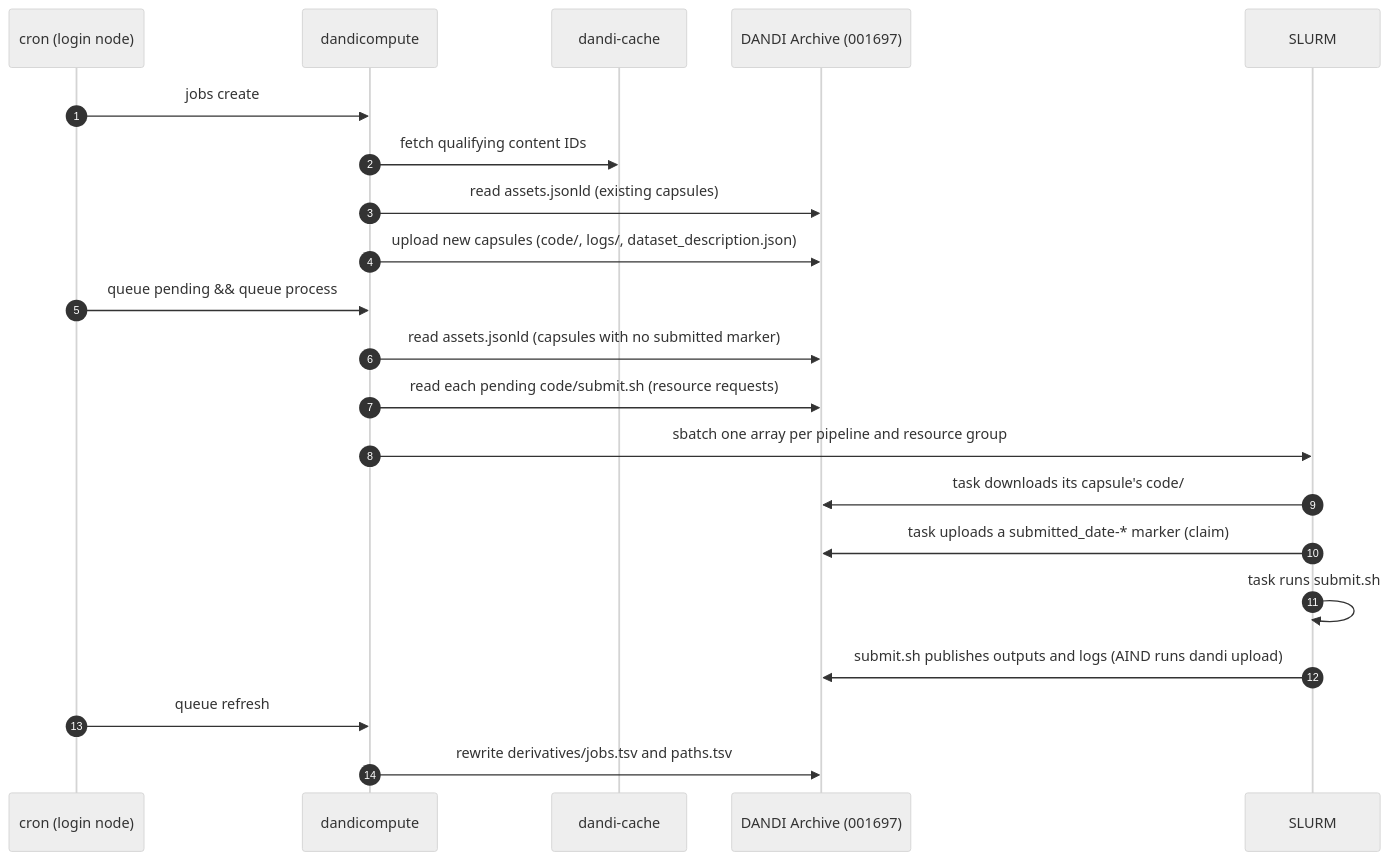
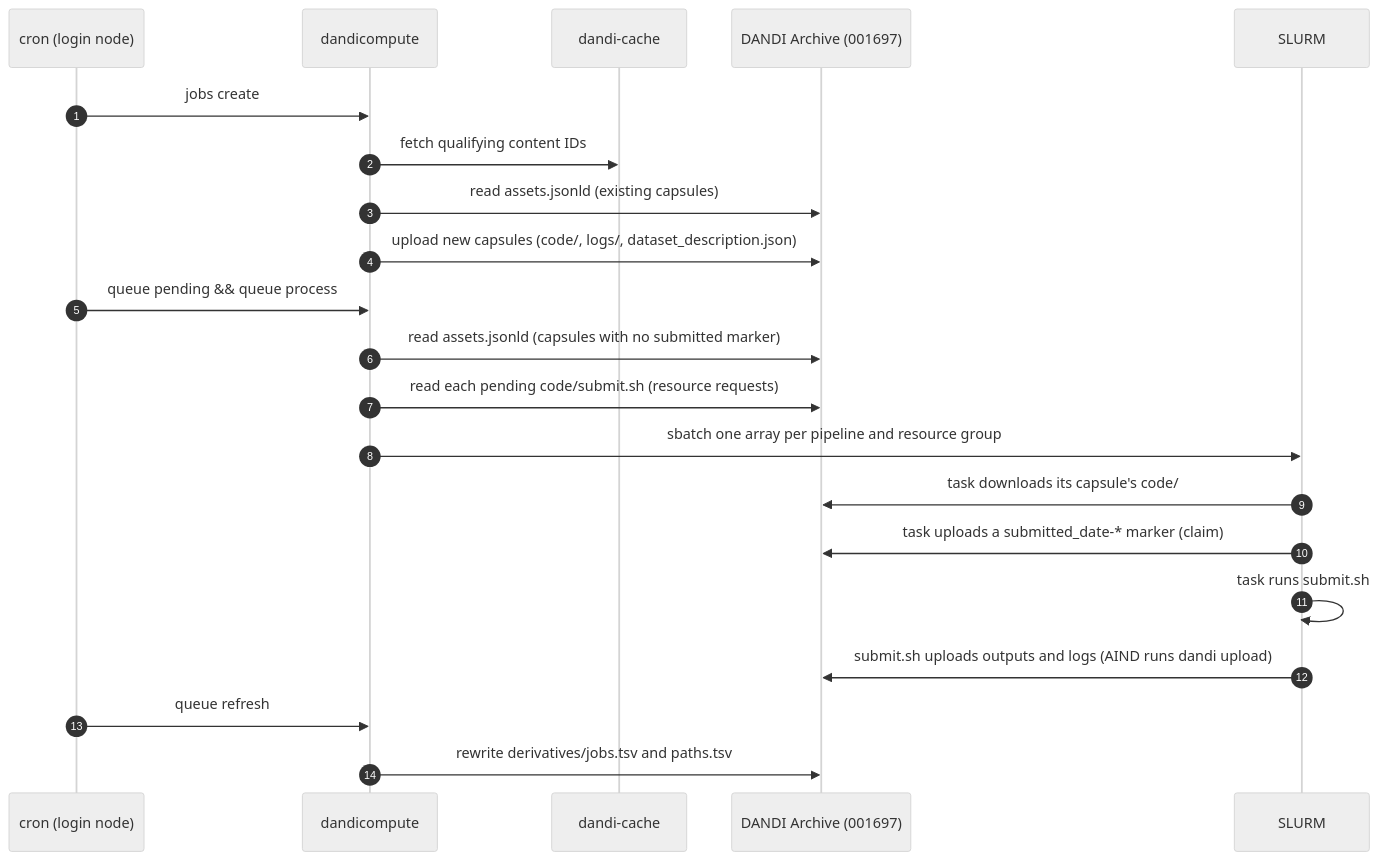
One commit to dandi-compute/dandi-compute-core changed the second of 2 diagrams in docs/overview.md. Above: the diagram before and after it, drawn with Mermaid (neutral theme). The commit also changed other lines of this file and 7 other files, not shown here.

````diff
--- a/docs/overview.md
+++ b/docs/overview.md
@@ -72,27 +72,27 @@
 ```mermaid
 sequenceDiagram
     autonumber
     participant Cron as cron (login node)
     participant CLI as dandicompute
     participant Cache as dandi-cache
     participant DANDI as DANDI Archive (001697)
     participant SLURM
 
     Cron->>CLI: jobs create
     CLI->>Cache: fetch qualifying content IDs
     CLI->>DANDI: read assets.jsonld (existing capsules)
     CLI->>DANDI: upload new capsules (code/, logs/, dataset_description.json)
 
     Cron->>CLI: queue pending && queue process
     CLI->>DANDI: read assets.jsonld (capsules with no submitted marker)
     CLI->>DANDI: read each pending code/submit.sh (resource requests)
     CLI->>SLURM: sbatch one array per pipeline and resource group
 
     SLURM->>DANDI: task downloads its capsule's code/
     SLURM->>DANDI: task uploads a submitted_date-* marker (claim)
     SLURM->>SLURM: task runs submit.sh
-    SLURM->>DANDI: submit.sh publishes outputs and logs (AIND runs dandi upload)
+    SLURM->>DANDI: submit.sh uploads outputs and logs (AIND runs dandi upload)
 
     Cron->>CLI: queue refresh
     CLI->>DANDI: rewrite derivatives/jobs.tsv and paths.tsv
 ```
````
